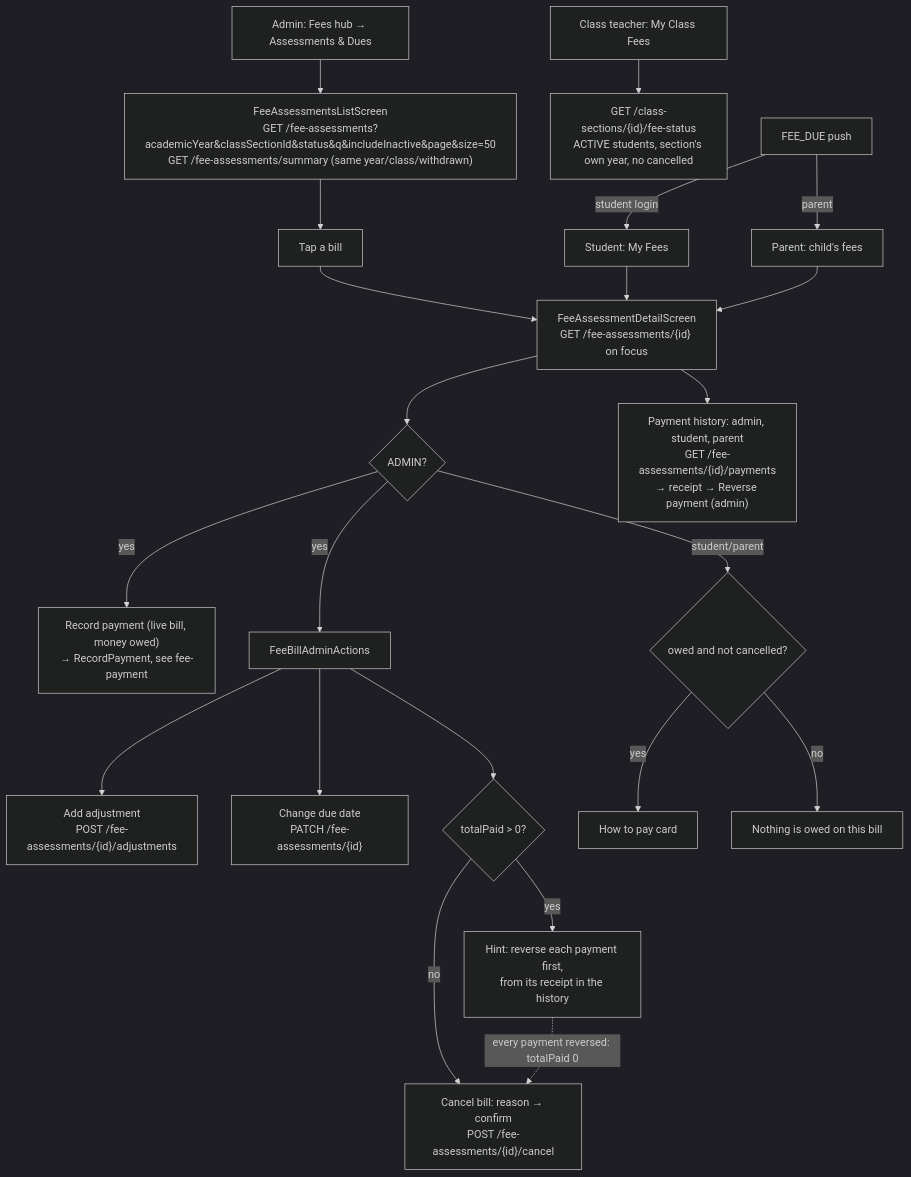
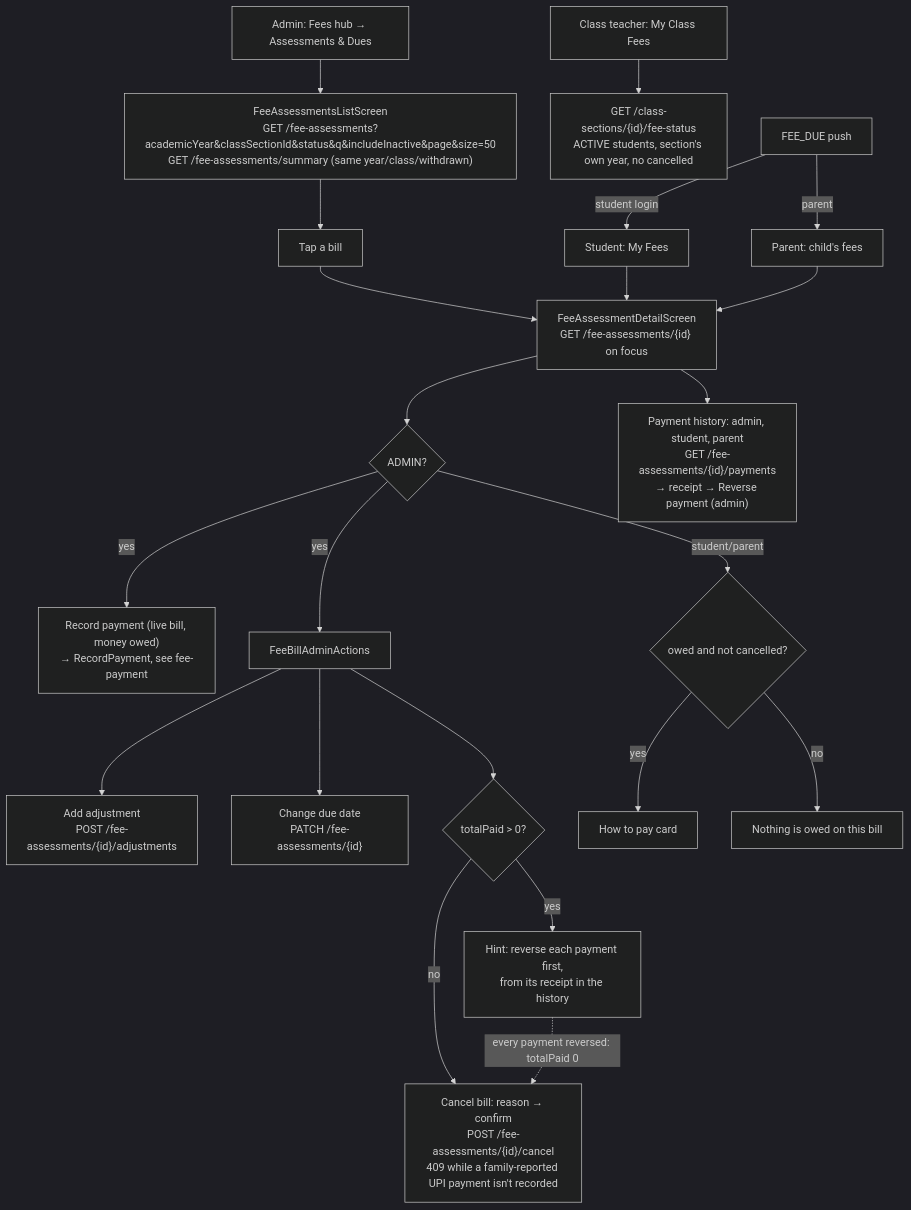
One commit to ManojPatidar10/Gurukul_rn changed the diagram in feature-docs/fees-overview/FLOW.md. Above: the diagram before and after it, drawn with Mermaid (dark theme). The commit also changed other lines of this file and 15 other files, not shown here.

````diff
--- a/feature-docs/fees-overview/FLOW.md
+++ b/feature-docs/fees-overview/FLOW.md
@@ -17,24 +17,24 @@
 ```mermaid
 flowchart TD
   A[Admin: Fees hub → Assessments & Dues] --> B["FeeAssessmentsListScreen\nGET /fee-assessments?academicYear&classSectionId&status&q&includeInactive&page&size=50\nGET /fee-assessments/summary (same year/class/withdrawn)"]
   B --> C[Tap a bill] --> D["FeeAssessmentDetailScreen\nGET /fee-assessments/{id} on focus"]
   D --> E{ADMIN?}
   E -- yes --> R["Record payment (live bill, money owed)\n→ RecordPayment, see fee-payment"]
   D --> PH["Payment history: admin, student, parent\nGET /fee-assessments/{id}/payments\n→ receipt → Reverse payment (admin)"]
   E -- yes --> F["FeeBillAdminActions"]
   F --> F1["Add adjustment\nPOST /fee-assessments/{id}/adjustments"]
   F --> F2["Change due date\nPATCH /fee-assessments/{id}"]
   F --> F3{totalPaid > 0?}
-  F3 -- no --> F4["Cancel bill: reason → confirm\nPOST /fee-assessments/{id}/cancel"]
+  F3 -- no --> F4["Cancel bill: reason → confirm\nPOST /fee-assessments/{id}/cancel\n409 while a family-reported UPI payment isn't recorded"]
   F3 -- yes --> F5[Hint: reverse each payment first,\nfrom its receipt in the history]
   F5 -.->|every payment reversed: totalPaid 0| F4
   E -- student/parent --> G{owed and not cancelled?}
   G -- yes --> G1[How to pay card]
   G -- no --> G2[Nothing is owed on this bill]
 
   H[Student: My Fees] --> D
   I[Parent: child's fees] --> D
   J[Class teacher: My Class Fees] --> K["GET /class-sections/{id}/fee-status\nACTIVE students, section's own year, no cancelled"]
   L["FEE_DUE push"] -->|parent| I
   L -->|student login| H
 ```
````
